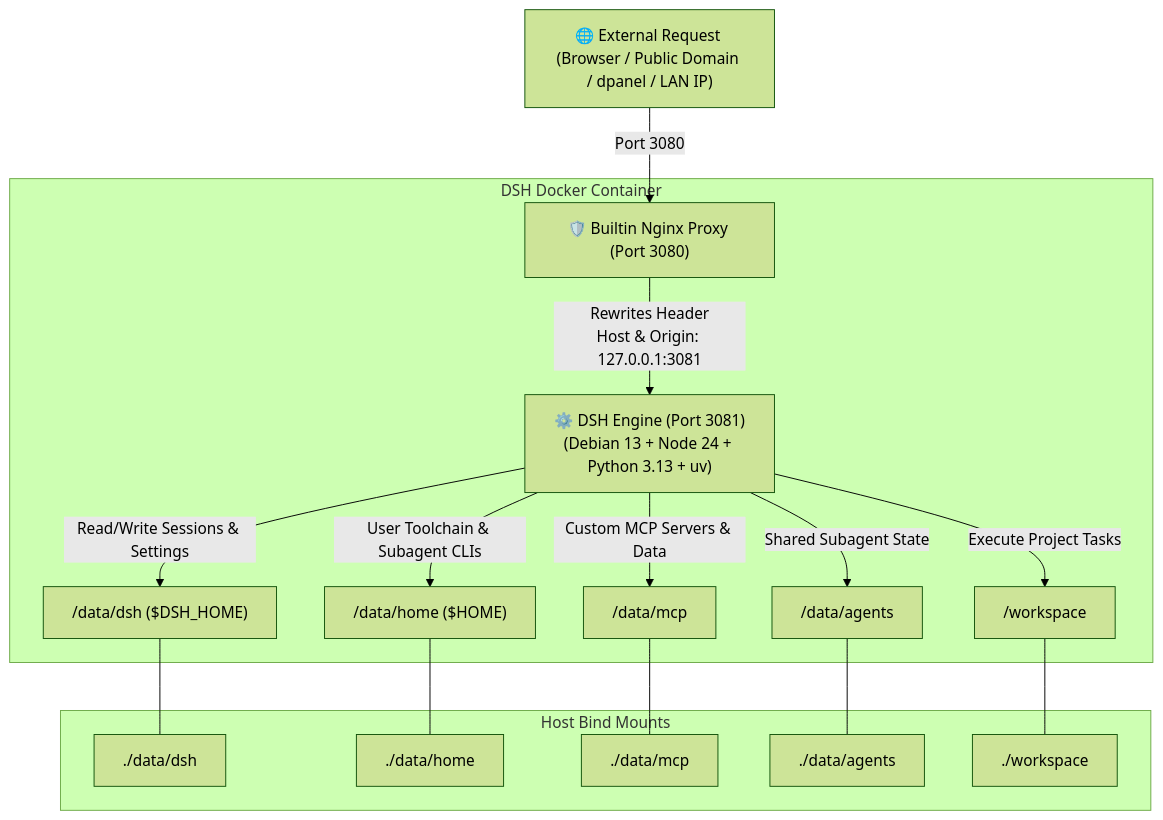
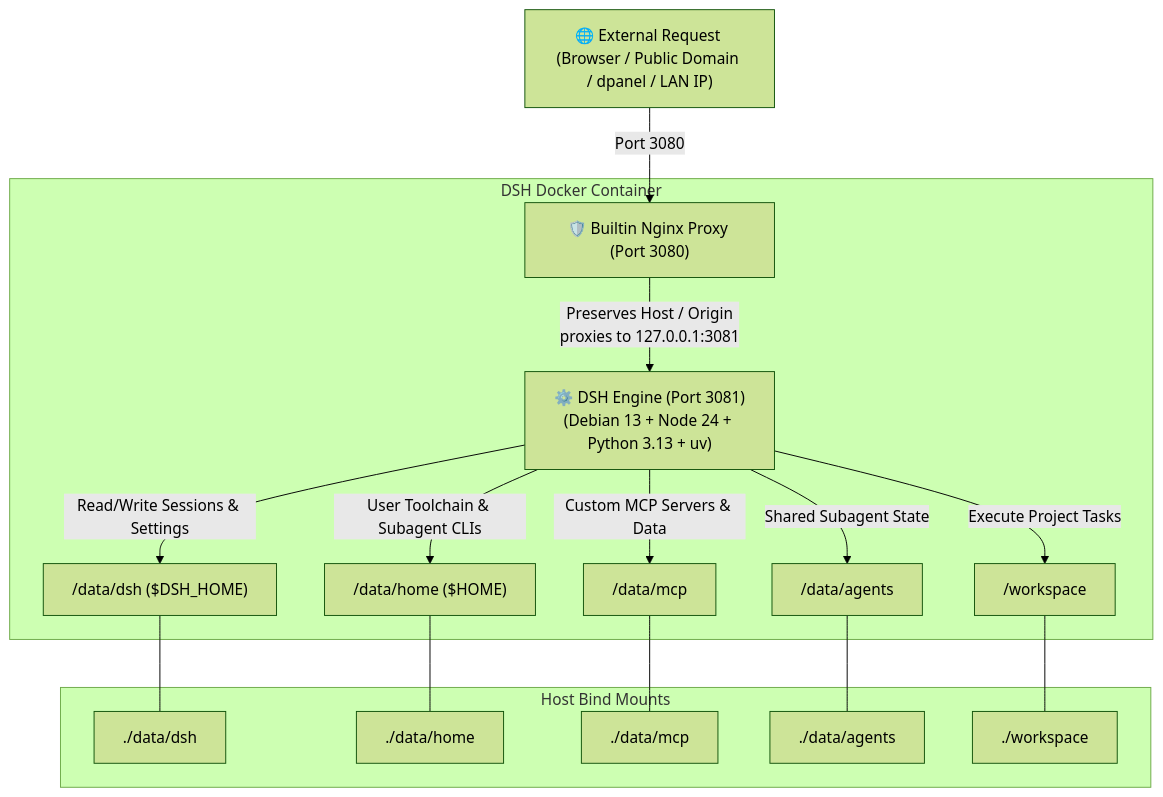
The diagram in README.en.md (univers629/dsh-docker), drawn with Mermaid (forest theme) before and after one commit. The commit also changed other lines of this file and 3 other files, not shown here.

````diff
--- a/README.en.md
+++ b/README.en.md
@@ -71,22 +71,22 @@
 ```mermaid
 graph TD
     User["🌐 External Request (Browser / Public Domain / dpanel / LAN IP)"] -->|Port 3080| NGINX["🛡️ Builtin Nginx Proxy (Port 3080)"]
     
     subgraph DSH Docker Container
-        NGINX -->|Rewrites Header<br>Host & Origin: 127.0.0.1:3081| BACKEND["⚙️ DSH Engine (Port 3081)<br>(Debian 13 + Node 24 + Python 3.13 + uv)"]
+        NGINX -->|Preserves Host / Origin<br>proxies to 127.0.0.1:3081| BACKEND["⚙️ DSH Engine (Port 3081)<br>(Debian 13 + Node 24 + Python 3.13 + uv)"]
         
         BACKEND -->|Read/Write Sessions & Settings| V1["/data/dsh ($DSH_HOME)"]
         BACKEND -->|User Toolchain & Subagent CLIs| V2["/data/home ($HOME)"]
         BACKEND -->|Custom MCP Servers & Data| V3["/data/mcp"]
         BACKEND -->|Shared Subagent State| V4["/data/agents"]
         BACKEND -->|Execute Project Tasks| V5["/workspace"]
     end
     
     subgraph Host Bind Mounts
         V1 --- H1["./data/dsh"]
         V2 --- H2["./data/home"]
         V3 --- H3["./data/mcp"]
         V4 --- H4["./data/agents"]
         V5 --- H5["./workspace"]
     end
 ```
````
